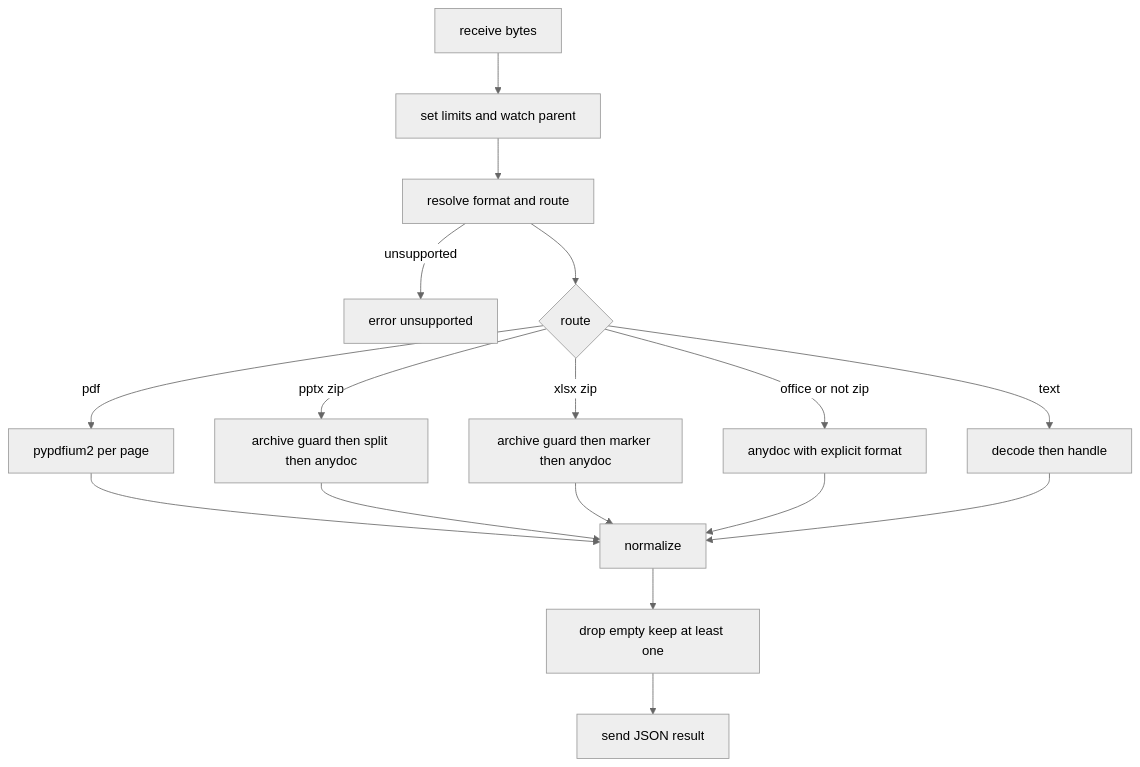
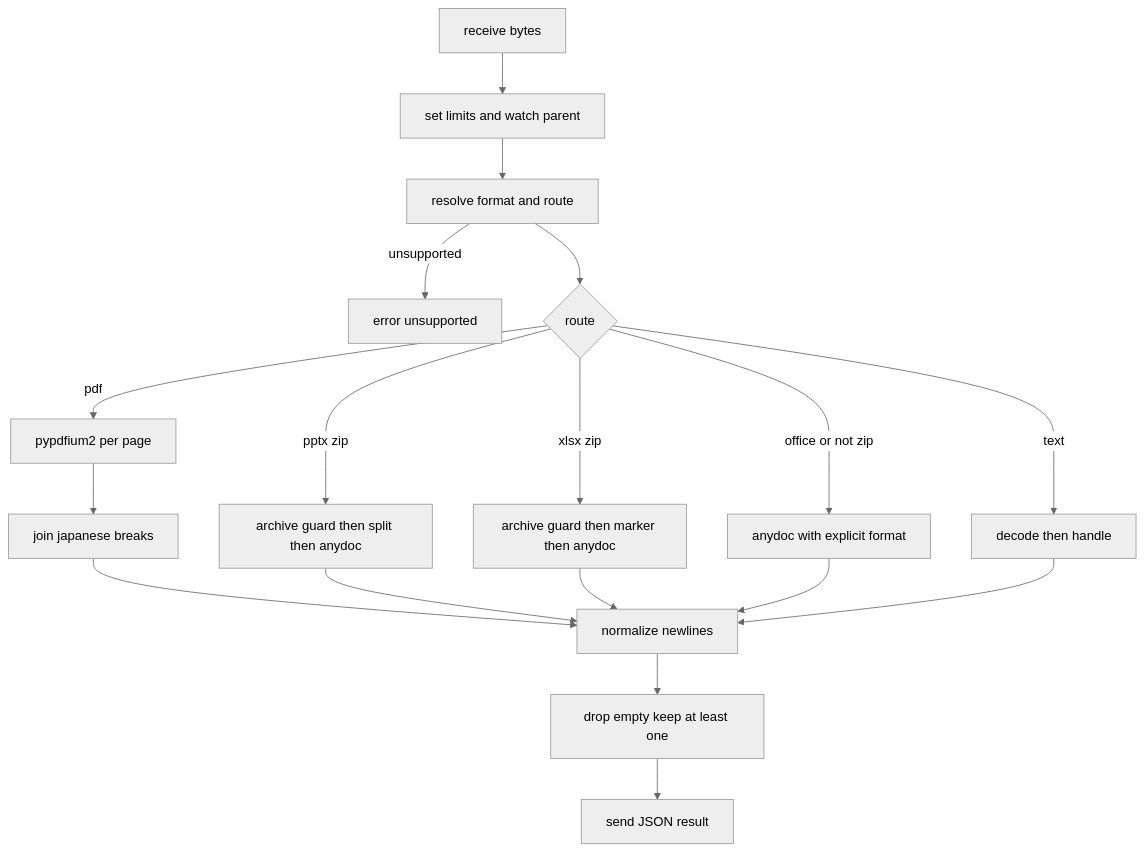
The third of 3 diagrams in .kiro/specs/attachment-search-text-extractor/design.md (growilabs/growi), drawn with Mermaid (neutral theme) before and after one commit. The commit also changed other lines of this file and 2 other files, not shown here.

````diff
--- a/.kiro/specs/attachment-search-text-extractor/design.md
+++ b/.kiro/specs/attachment-search-text-extractor/design.md
@@ -261,19 +267,20 @@
 ```mermaid
 graph TB
     Start[receive bytes] --> Limits[set limits and watch parent]
     Limits --> Resolve[resolve format and route]
     Resolve -->|unsupported| ErrUnsupported[error unsupported]
     Resolve --> Route{route}
     Route -->|pdf| PdfPath[pypdfium2 per page]
     Route -->|pptx zip| PptxPath[archive guard then split then anydoc]
     Route -->|xlsx zip| XlsxPath[archive guard then marker then anydoc]
     Route -->|office or not zip| OfficePath[anydoc with explicit format]
     Route -->|text| TextPath[decode then handle]
-    PdfPath --> Norm[normalize]
+    PdfPath --> Join[join japanese breaks]
+    Join --> Norm[normalize newlines]
     PptxPath --> Norm
     XlsxPath --> Norm
     OfficePath --> Norm
     TextPath --> Norm
     Norm --> Empty[drop empty keep at least one]
     Empty --> Send[send JSON result]
 ```
````
